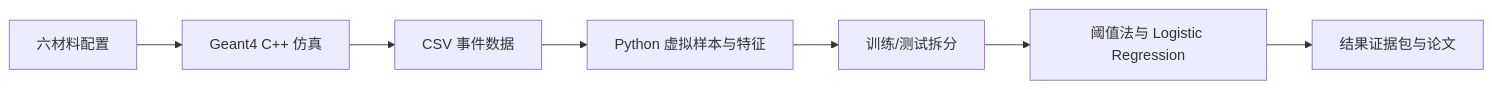
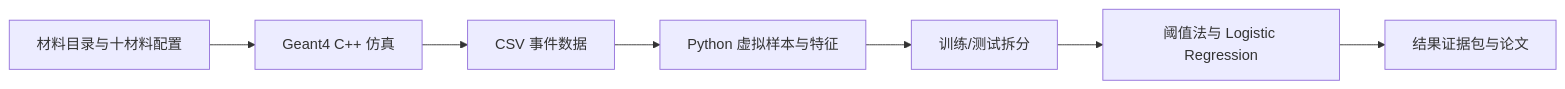
Before and after one commit to dydpop/xrt-sorter-geant4-undergrad-guide: the diagram in README.md, drawn with Mermaid. The commit also changed other lines of this file and 36 other files, not shown here.

````diff
--- a/README.md
+++ b/README.md
@@ -53,9 +56,9 @@
 ```mermaid
 flowchart LR
-    A["六材料配置"] --> B["Geant4 C++ 仿真"]
+    A["材料目录与十材料配置"] --> B["Geant4 C++ 仿真"]
     B --> C["CSV 事件数据"]
     C --> D["Python 虚拟样本与特征"]
     D --> E["训练/测试拆分"]
     E --> F["阈值法与 Logistic Regression"]
     F --> G["结果证据包与论文"]
 ```
````
